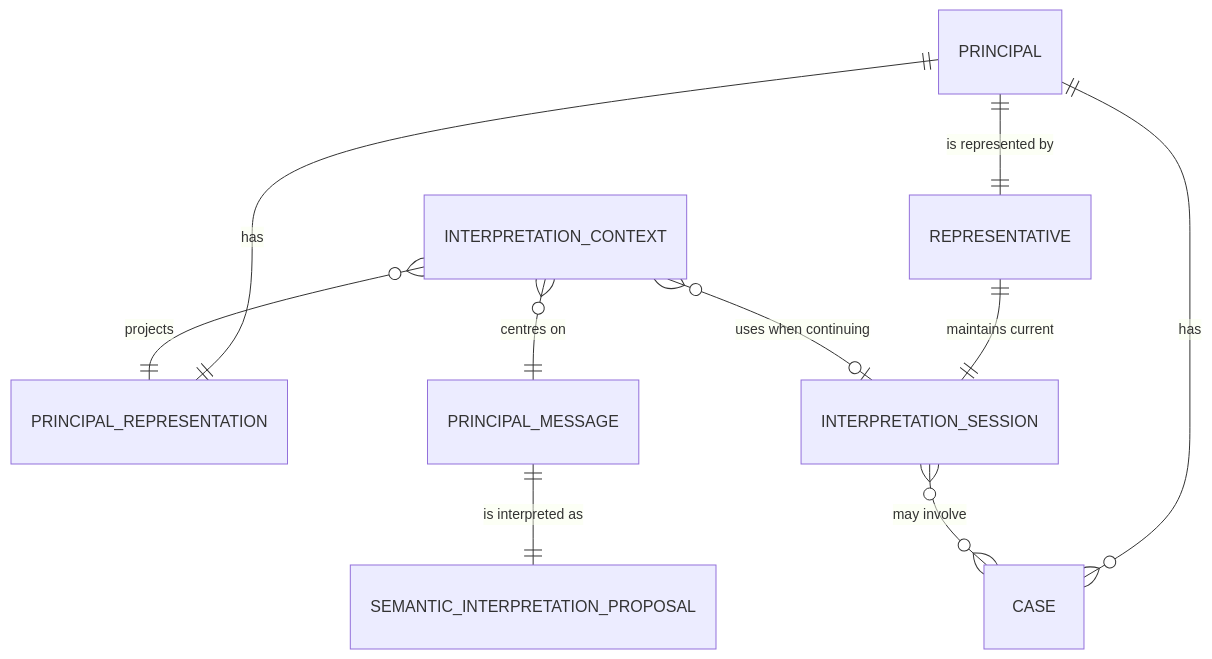
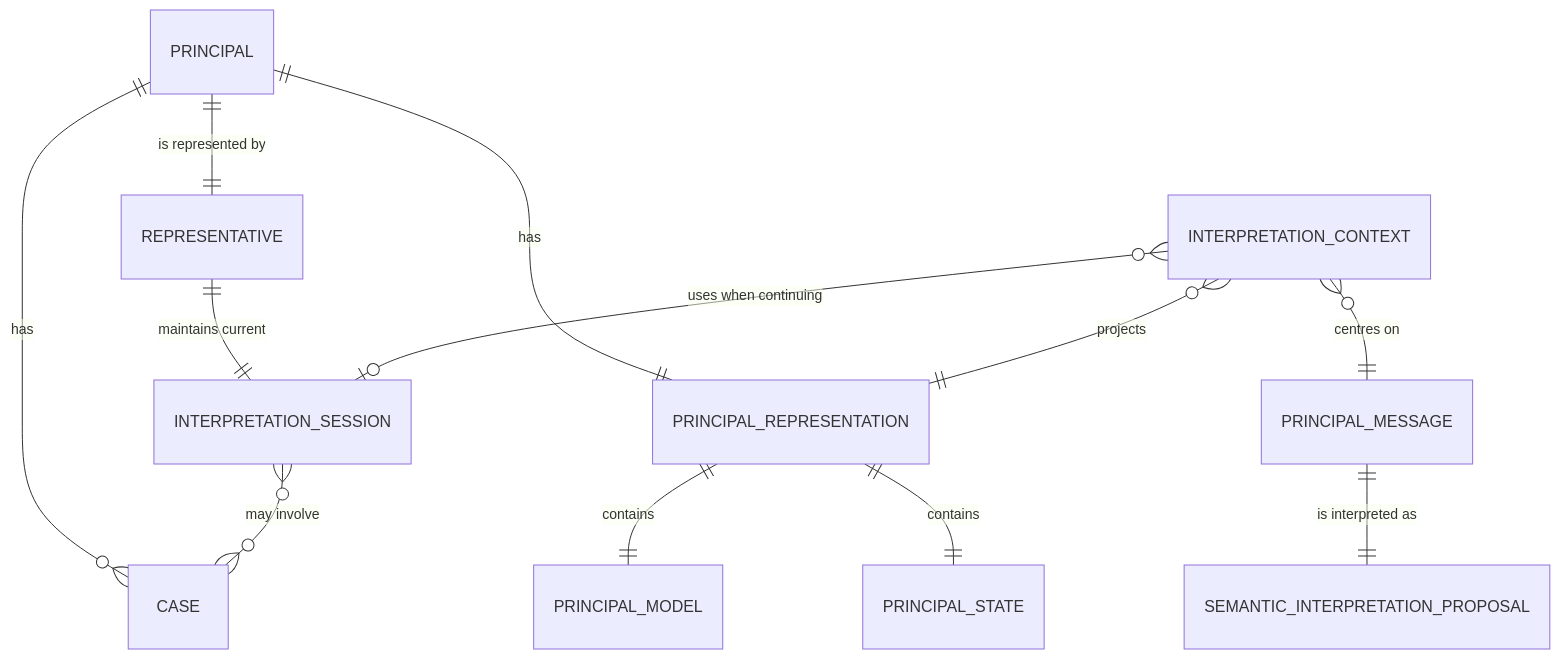
Before and after one commit to flancer32/alarisa-back-control: the diagram in ctx/docs/product/domain.md, drawn with Mermaid. The commit also changed other lines of this file and 14 other files, not shown here.

````diff
--- a/ctx/docs/product/domain.md
+++ b/ctx/docs/product/domain.md
@@ -16,12 +16,14 @@
 ```mermaid
 erDiagram
     PRINCIPAL ||--|| REPRESENTATIVE : "is represented by"
     PRINCIPAL ||--|| PRINCIPAL_REPRESENTATION : "has"
+    PRINCIPAL_REPRESENTATION ||--|| PRINCIPAL_MODEL : "contains"
+    PRINCIPAL_REPRESENTATION ||--|| PRINCIPAL_STATE : "contains"
     PRINCIPAL ||--o{ CASE : "has"
     REPRESENTATIVE ||--|| INTERPRETATION_SESSION : "maintains current"
     INTERPRETATION_SESSION }o--o{ CASE : "may involve"
     PRINCIPAL_MESSAGE ||--|| SEMANTIC_INTERPRETATION_PROPOSAL : "is interpreted as"
     INTERPRETATION_CONTEXT }o--|| PRINCIPAL_MESSAGE : "centres on"
     INTERPRETATION_CONTEXT }o--|| PRINCIPAL_REPRESENTATION : "projects"
     INTERPRETATION_CONTEXT }o--o| INTERPRETATION_SESSION : "uses when continuing"
 ```
````
